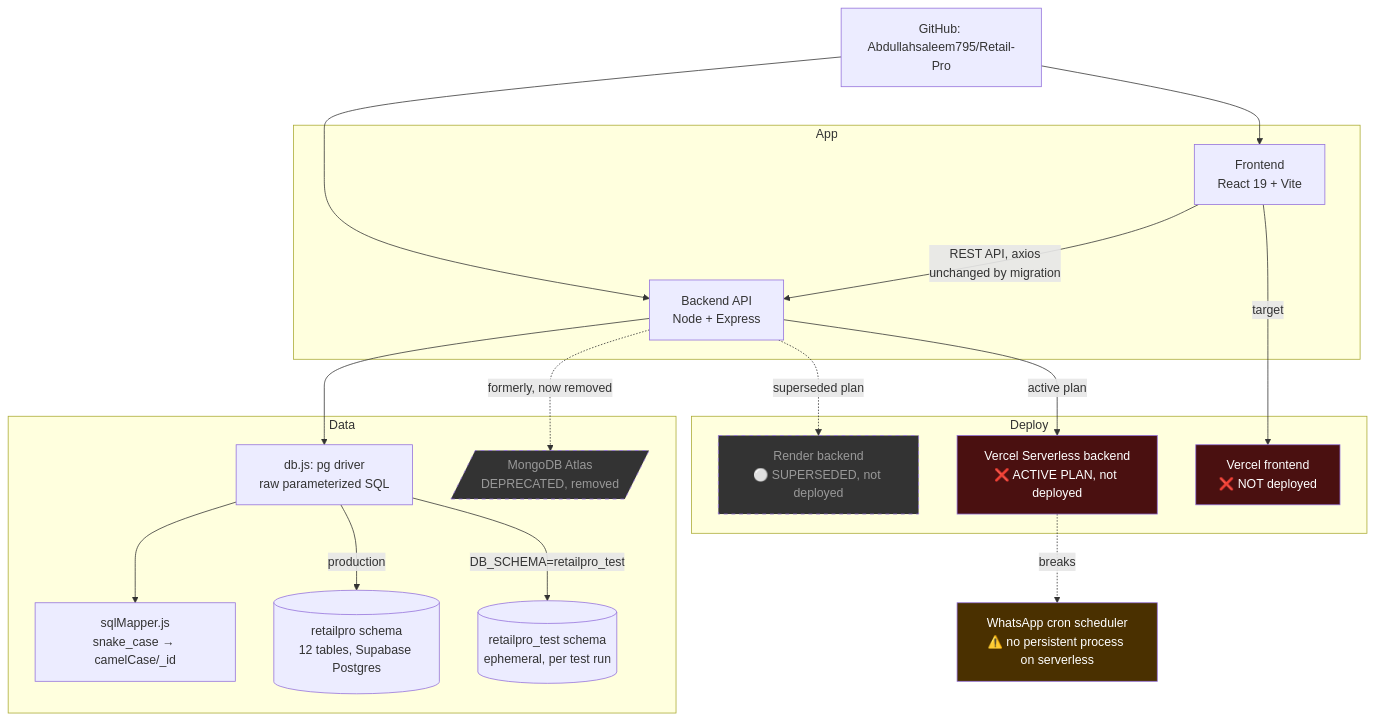
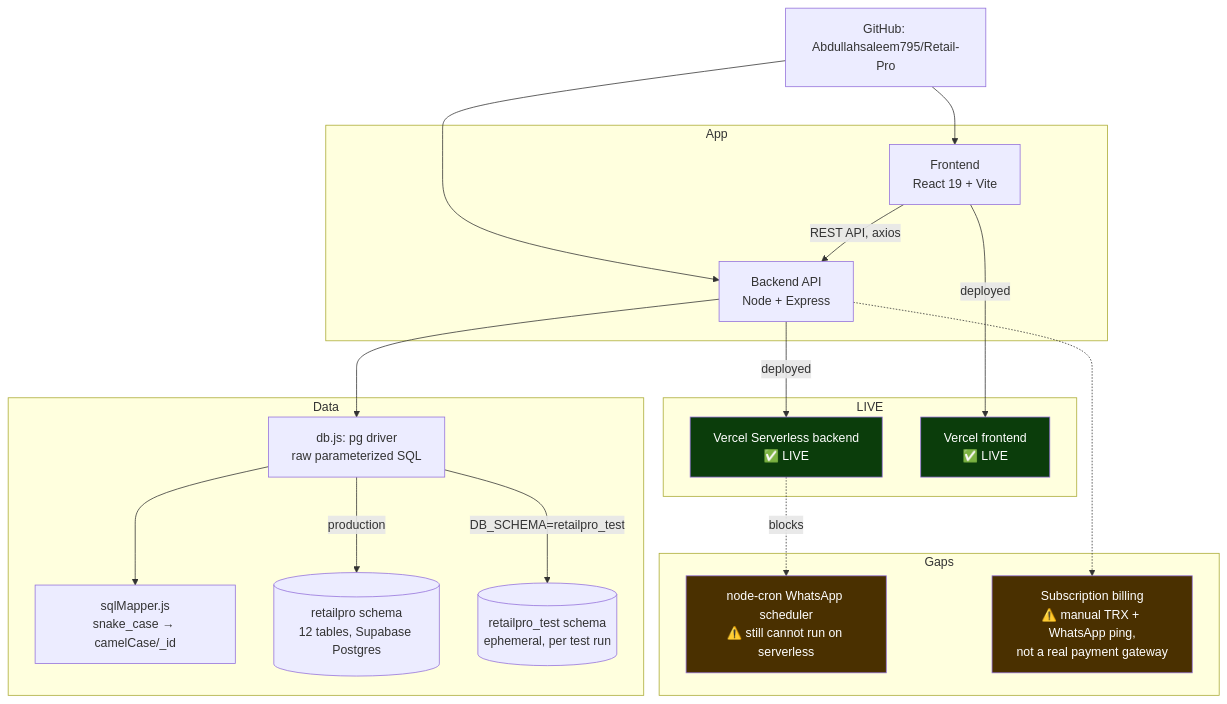
Before and after one commit to Abdullahsaleem795/Retail-Pro: the first of 2 diagrams in docs/knowledge-graph.md, drawn with Mermaid. The commit also changed other lines of this file and 1 other file, not shown here.

First line of the commit message:
Update knowledge graph: expiry alerts, bulk import, POS UI polish pass

````diff
--- a/docs/knowledge-graph.md
+++ b/docs/knowledge-graph.md
@@ -16,42 +25,43 @@
 ```mermaid
 graph TD
     repo[GitHub: Abdullahsaleem795/Retail-Pro]
 
     subgraph App
         frontend[Frontend<br/>React 19 + Vite]
         backend[Backend API<br/>Node + Express]
     end
 
     subgraph Data
         pg[db.js: pg driver<br/>raw parameterized SQL]
         mapper[sqlMapper.js<br/>snake_case → camelCase/_id]
         schema[(retailpro schema<br/>12 tables, Supabase Postgres)]
         testschema[(retailpro_test schema<br/>ephemeral, per test run)]
-        mongo[/MongoDB Atlas<br/>DEPRECATED, removed/]
     end
 
-    subgraph Deploy
-        render[Render backend<br/>⚪ SUPERSEDED, not deployed]
-        vbackend[Vercel Serverless backend<br/>❌ ACTIVE PLAN, not deployed]
-        vfrontend[Vercel frontend<br/>❌ NOT deployed]
+    subgraph Deploy [LIVE]
+        vbackend[Vercel Serverless backend<br/>✅ LIVE]
+        vfrontend[Vercel frontend<br/>✅ LIVE]
+    end
+
+    subgraph Gaps
+        cron[node-cron WhatsApp scheduler<br/>⚠️ still cannot run on serverless]
+        pay[Subscription billing<br/>⚠️ manual TRX + WhatsApp ping,<br/>not a real payment gateway]
     end
 
     repo --> frontend
     repo --> backend
-    frontend -->|REST API, axios<br/>unchanged by migration| backend
+    frontend -->|REST API, axios| backend
     backend --> pg
     pg --> mapper
     pg -->|production| schema
     pg -->|DB_SCHEMA=retailpro_test| testschema
-    backend -.->|formerly, now removed| mongo
-    backend -.->|superseded plan| render
-    backend -->|active plan| vbackend
-    frontend -->|target| vfrontend
-    vbackend -.breaks.-> whatsapp[WhatsApp cron scheduler<br/>⚠️ no persistent process on serverless]
+    backend -->|deployed| vbackend
+    frontend -->|deployed| vfrontend
+    vbackend -.blocks.-> cron
+    backend -.-> pay
 
-    style mongo fill:#333,color:#999,stroke-dasharray: 5 5
-    style render fill:#333,color:#999,stroke-dasharray: 5 5
-    style vbackend fill:#4a1010,color:#fff
-    style vfrontend fill:#4a1010,color:#fff
-    style whatsapp fill:#4a3000,color:#fff
+    style vbackend fill:#0b3d0b,color:#fff
+    style vfrontend fill:#0b3d0b,color:#fff
+    style cron fill:#4a3000,color:#fff
+    style pay fill:#4a3000,color:#fff
 ```
````
